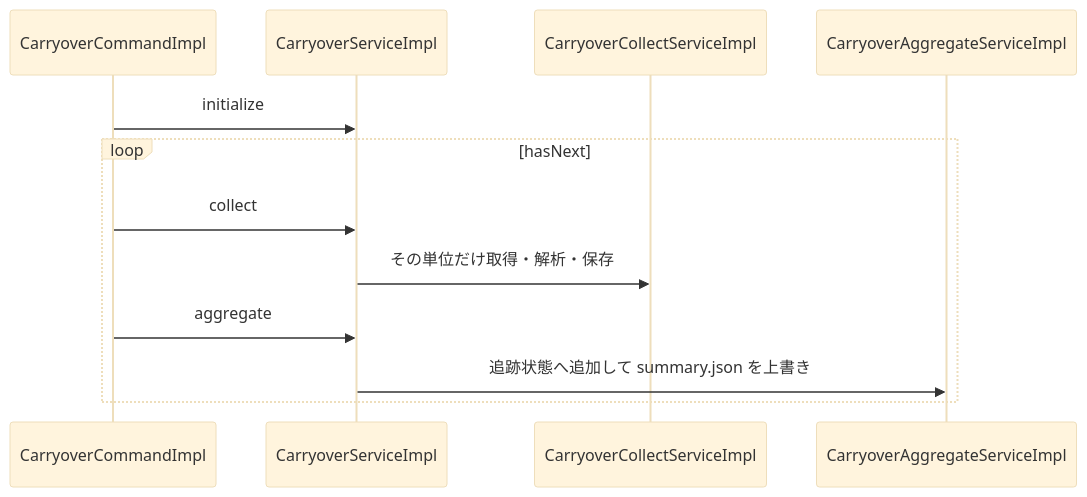
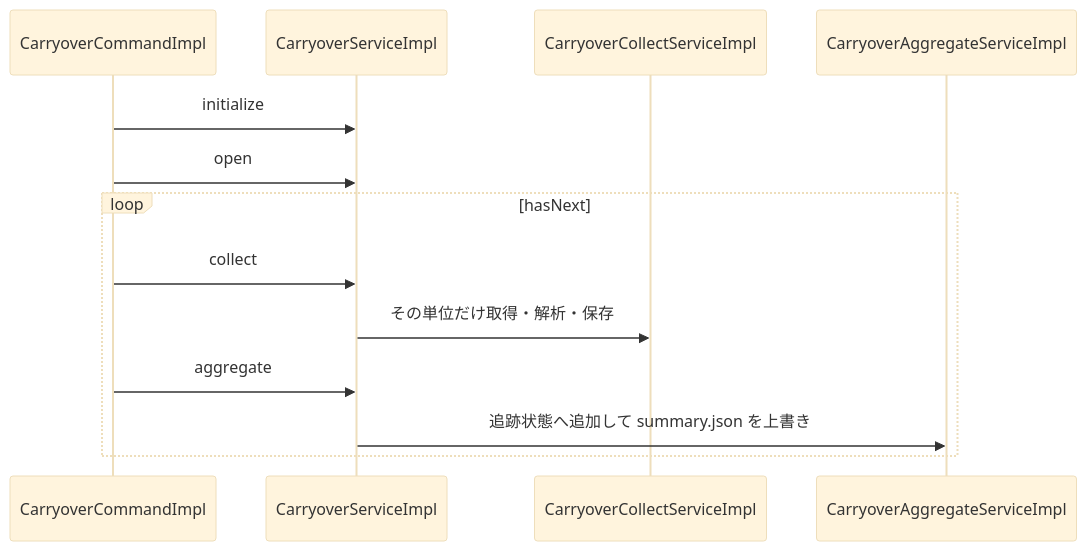
One commit to KenichiroArai/kb002_daily-tasks_doc changed the first of 3 diagrams in docs/design/backend/03-processing.md. Above: the diagram before and after it, drawn with Mermaid (base theme). The commit also changed other lines of this file and 1 other file, not shown here.

First line of the commit message:
#2 収集の入口を hasNext から open に直し、索引の開き直しの設計を合わせる

````diff
--- a/docs/design/backend/03-processing.md
+++ b/docs/design/backend/03-processing.md
@@ -46,14 +46,15 @@
 ```mermaid
 sequenceDiagram
   participant Command as CarryoverCommandImpl
   participant Service as CarryoverServiceImpl
   participant Collect as CarryoverCollectServiceImpl
   participant Aggregate as CarryoverAggregateServiceImpl
   Command->>Service: initialize
+  Command->>Service: open
   loop hasNext
     Command->>Service: collect
     Service->>Collect: その単位だけ取得・解析・保存
     Command->>Service: aggregate
     Service->>Aggregate: 追跡状態へ追加して summary.json を上書き
   end
 ```
````
